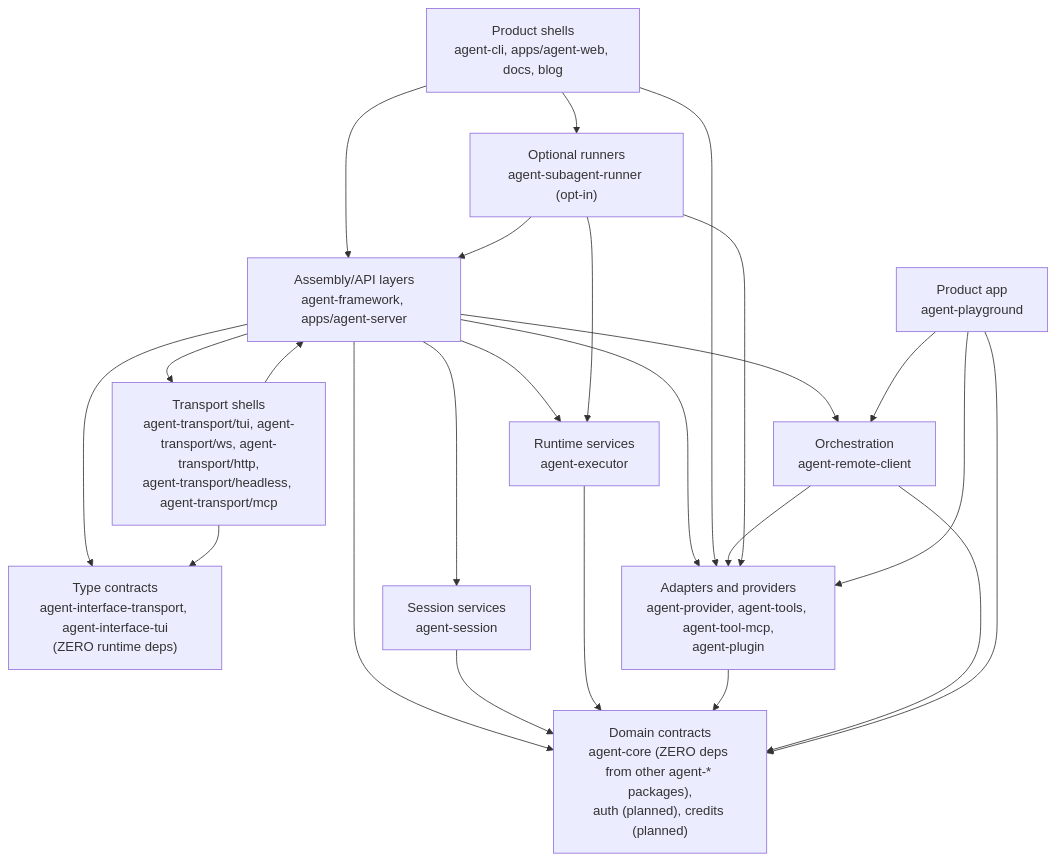
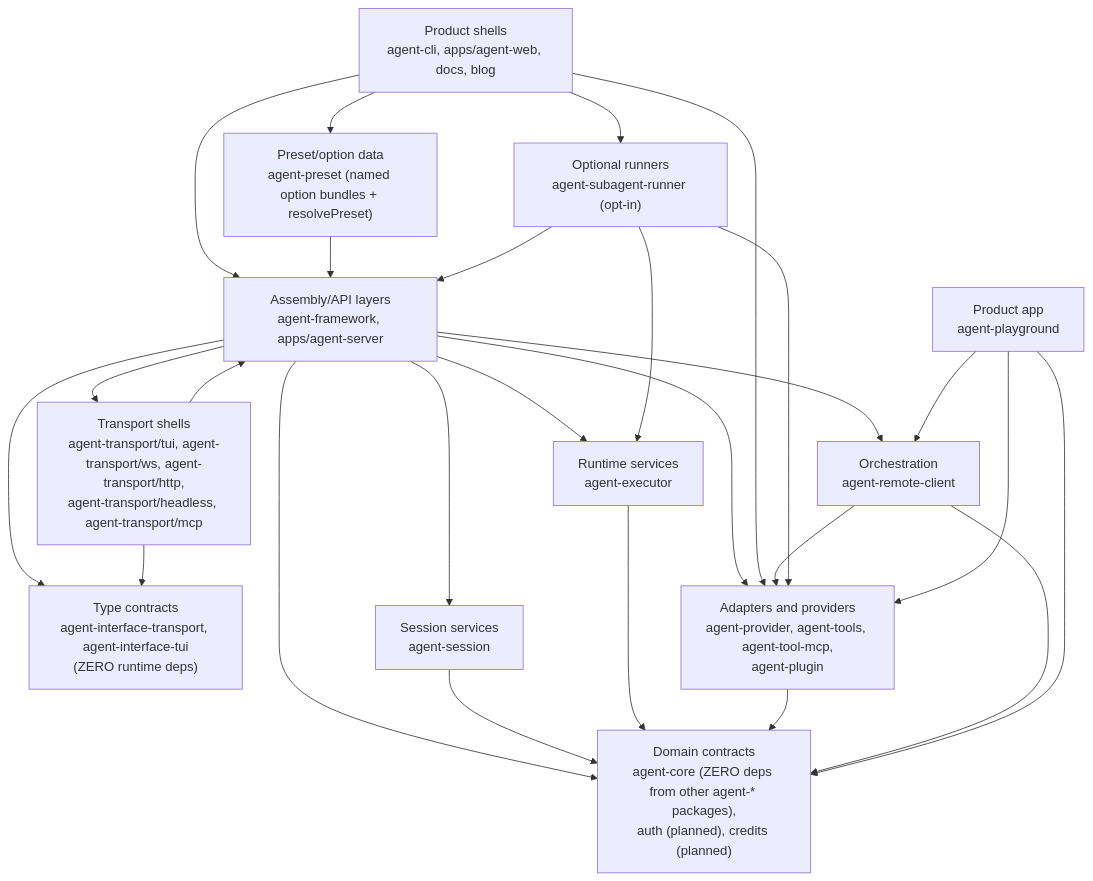
Before and after one commit to woojubb/robota: the diagram in .agents/specs/architecture-map/dependency-direction.md, drawn with Mermaid. The commit also changed other lines of this file and 28 other files, not shown here.

````diff
--- a/.agents/specs/architecture-map/dependency-direction.md
+++ b/.agents/specs/architecture-map/dependency-direction.md
@@ -9,38 +9,41 @@
 ```mermaid
 flowchart TD
   ProductShells["Product shells\nagent-cli, apps/agent-web, docs, blog"]
   Playground["Product app\nagent-playground"]
   Assembly["Assembly/API layers\nagent-framework, apps/agent-server"]
+  Preset["Preset/option data\nagent-preset (named option bundles + resolvePreset)"]
   TransportShells["Transport shells\nagent-transport/tui, agent-transport/ws, agent-transport/http,\nagent-transport/headless, agent-transport/mcp"]
   TypeContracts["Type contracts\nagent-interface-transport, agent-interface-tui\n(ZERO runtime deps)"]
   Orchestration["Orchestration\nagent-remote-client"]
   Sessions["Session services\nagent-session"]
   Executor["Runtime services\nagent-executor"]
   Domain["Domain contracts\nagent-core (ZERO deps from other agent-* packages),\nauth (planned), credits (planned)"]
   Adapters["Adapters and providers\nagent-provider, agent-tools, agent-tool-mcp,\nagent-plugin"]
   OptIn["Optional runners\nagent-subagent-runner (opt-in)"]
 
   ProductShells --> Assembly
+  Preset --> Assembly
+  ProductShells --> Preset
   Assembly --> Sessions
   Assembly --> Executor
   Assembly --> Domain
   Assembly --> TypeContracts
   Sessions --> Domain
   Executor --> Domain
   Assembly --> Adapters
   ProductShells --> Adapters
   ProductShells --> OptIn
   Adapters --> Domain
   TransportShells --> Assembly
   TransportShells --> TypeContracts
   Assembly --> TransportShells
   Orchestration --> Domain
   Orchestration --> Adapters
   Assembly --> Orchestration
   OptIn --> Assembly
   OptIn --> Executor
   OptIn --> Adapters
   Playground --> Domain
   Playground --> Adapters
   Playground --> Orchestration
 ```
````
